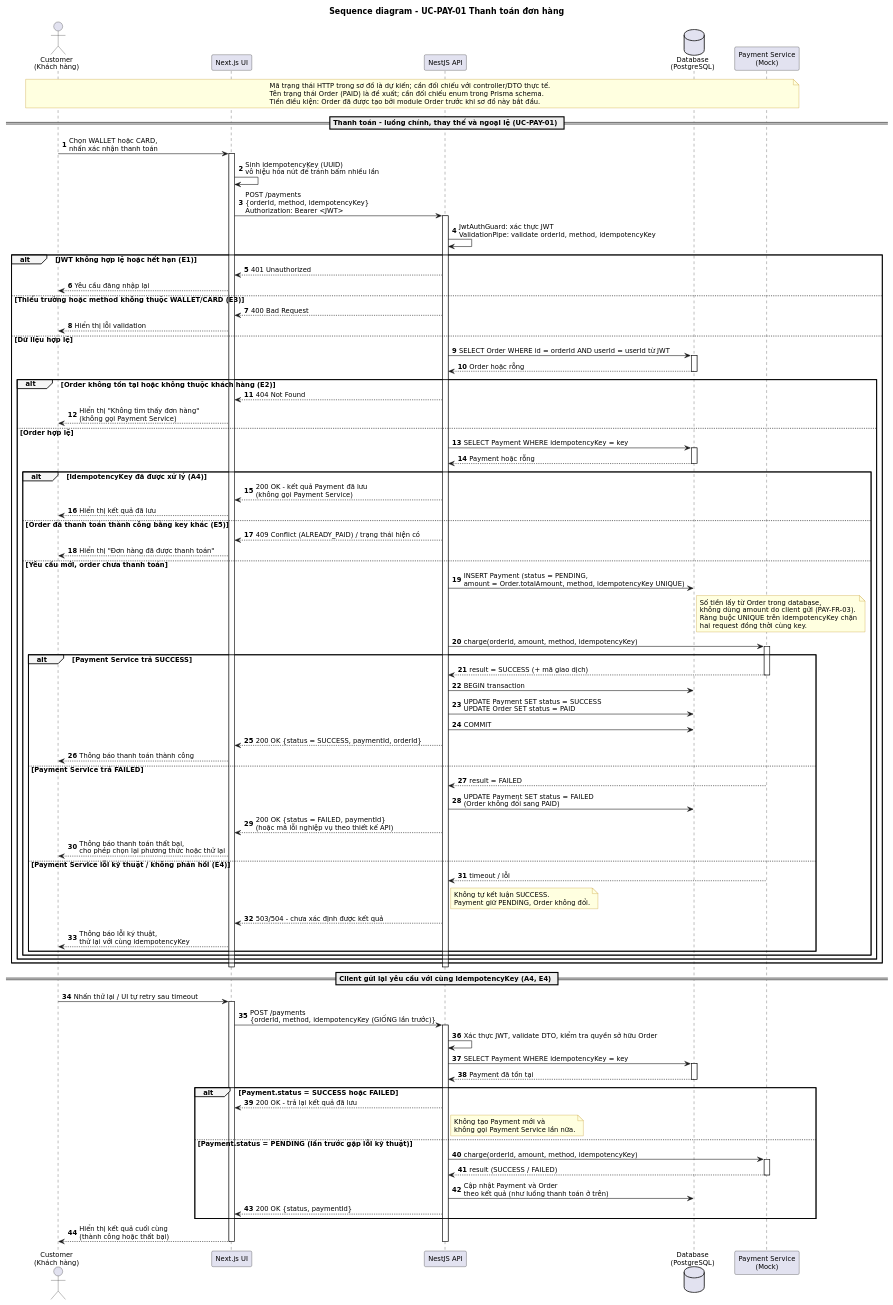
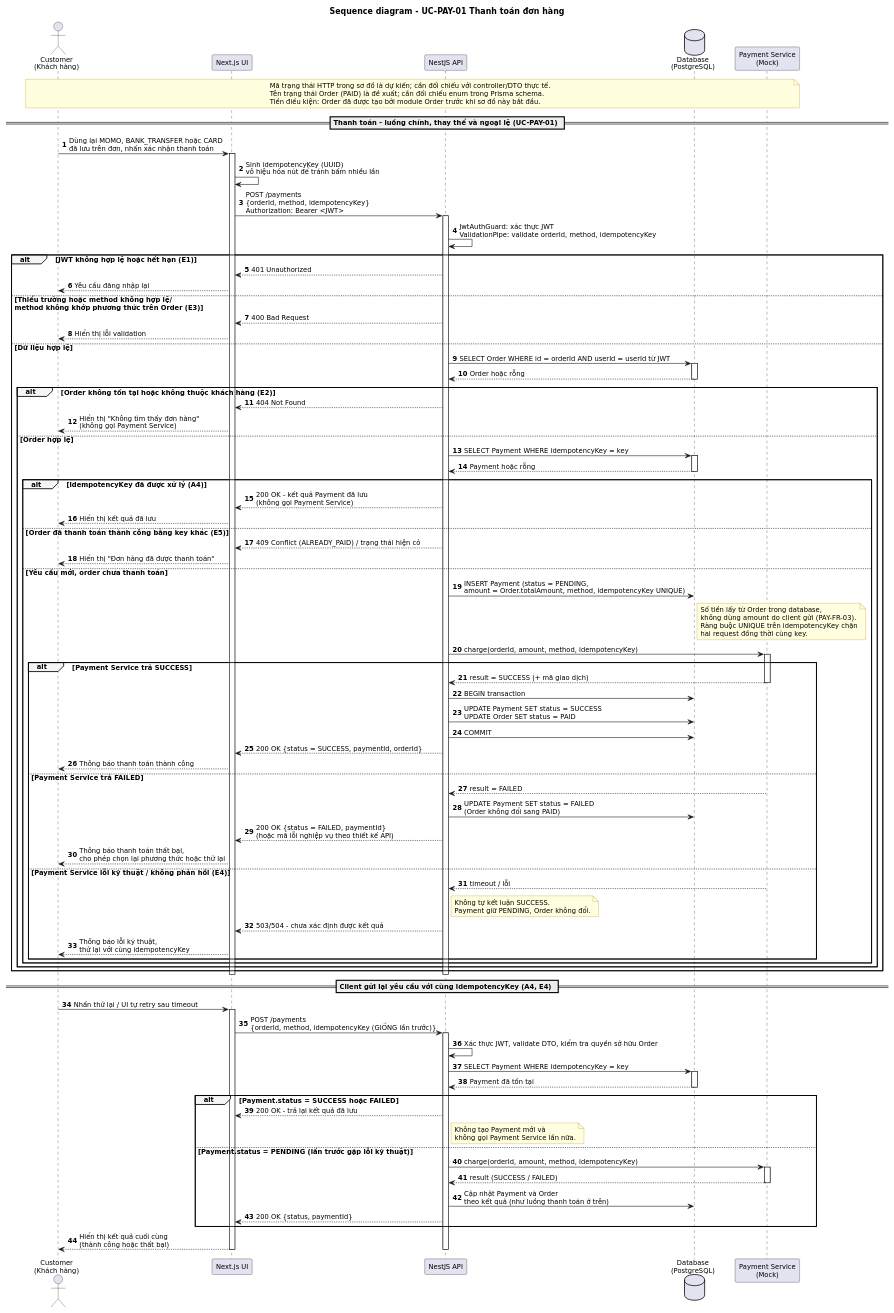
One commit to supergigachadsupreme300/brewlite2 changed the diagram in docs/diagrams/payment/sequence-checkout.puml. Above: the diagram before and after it, drawn with PlantUML. The commit also changed 12 other files, not shown here.

Commit message:
docs: align payment methods in diagrams

```diff
--- a/docs/diagrams/payment/sequence-checkout.puml
+++ b/docs/diagrams/payment/sequence-checkout.puml
@@ -1,132 +1,132 @@
 @startuml sequence-checkout
 title Sequence diagram – UC-PAY-01 Thanh toán đơn hàng
 
 skinparam defaultFontName "DejaVu Sans"
 skinparam defaultFontSize 12
 skinparam shadowing false
 skinparam sequenceMessageAlign left
 skinparam ParticipantPadding 20
 skinparam NoteBackgroundColor #FFFFE0
 skinparam NoteBorderColor #B8860B
 skinparam SequenceGroupBackgroundColor #F5F5F5
 autonumber
 
 actor "Customer\n(Khách hàng)" as C
 participant "Next.js UI" as UI
 participant "NestJS API" as API
 database "Database\n(PostgreSQL)" as DB
 participant "Payment Service\n(Mock)" as PS
 
 note over C, PS
   Mã trạng thái HTTP trong sơ đồ là dự kiến; cần đối chiếu với controller/DTO thực tế.
   Tên trạng thái Order (PAID) là đề xuất; cần đối chiếu enum trong Prisma schema.
   Tiền điều kiện: Order đã được tạo bởi module Order trước khi sơ đồ này bắt đầu.
 end note
 
 == Thanh toán – luồng chính, thay thế và ngoại lệ (UC-PAY-01) ==
 
-C -> UI : Chọn WALLET hoặc CARD,\nnhấn xác nhận thanh toán
+C -> UI : Dùng lại MOMO, BANK_TRANSFER hoặc CARD\nđã lưu trên đơn, nhấn xác nhận thanh toán
 activate UI
 UI -> UI : Sinh idempotencyKey (UUID)\nvô hiệu hóa nút để tránh bấm nhiều lần
 UI -> API : POST /payments\n{orderId, method, idempotencyKey}\nAuthorization: Bearer <JWT>
 activate API
 API -> API : JwtAuthGuard: xác thực JWT\nValidationPipe: validate orderId, method, idempotencyKey
 
 alt JWT không hợp lệ hoặc hết hạn (E1)
   API --> UI : 401 Unauthorized
   UI --> C : Yêu cầu đăng nhập lại
-else Thiếu trường hoặc method không thuộc WALLET/CARD (E3)
+else Thiếu trường hoặc method không hợp lệ/\nmethod không khớp phương thức trên Order (E3)
   API --> UI : 400 Bad Request
   UI --> C : Hiển thị lỗi validation
 else Dữ liệu hợp lệ
   API -> DB : SELECT Order WHERE id = orderId AND userId = userId từ JWT
   activate DB
   DB --> API : Order hoặc rỗng
   deactivate DB
 
   alt Order không tồn tại hoặc không thuộc khách hàng (E2)
     API --> UI : 404 Not Found
     UI --> C : Hiển thị "Không tìm thấy đơn hàng"\n(không gọi Payment Service)
   else Order hợp lệ
     API -> DB : SELECT Payment WHERE idempotencyKey = key
     activate DB
     DB --> API : Payment hoặc rỗng
     deactivate DB
 
     alt idempotencyKey đã được xử lý (A4)
       API --> UI : 200 OK – kết quả Payment đã lưu\n(không gọi Payment Service)
       UI --> C : Hiển thị kết quả đã lưu
     else Order đã thanh toán thành công bằng key khác (E5)
       API --> UI : 409 Conflict (ALREADY_PAID) / trạng thái hiện có
       UI --> C : Hiển thị "Đơn hàng đã được thanh toán"
     else Yêu cầu mới, order chưa thanh toán
       API -> DB : INSERT Payment (status = PENDING,\namount = Order.totalAmount, method, idempotencyKey UNIQUE)
       note right of DB
         Số tiền lấy từ Order trong database,
         không dùng amount do client gửi (PAY-FR-03).
         Ràng buộc UNIQUE trên idempotencyKey chặn
         hai request đồng thời cùng key.
       end note
       API -> PS : charge(orderId, amount, method, idempotencyKey)
       activate PS
 
       alt Payment Service trả SUCCESS
         PS --> API : result = SUCCESS (+ mã giao dịch)
         deactivate PS
         API -> DB : BEGIN transaction
         API -> DB : UPDATE Payment SET status = SUCCESS\nUPDATE Order SET status = PAID
         API -> DB : COMMIT
         API --> UI : 200 OK {status = SUCCESS, paymentId, orderId}
         UI --> C : Thông báo thanh toán thành công
       else Payment Service trả FAILED
         PS --> API : result = FAILED
         deactivate PS
         API -> DB : UPDATE Payment SET status = FAILED\n(Order không đổi sang PAID)
         API --> UI : 200 OK {status = FAILED, paymentId}\n(hoặc mã lỗi nghiệp vụ theo thiết kế API)
         UI --> C : Thông báo thanh toán thất bại,\ncho phép chọn lại phương thức hoặc thử lại
       else Payment Service lỗi kỹ thuật / không phản hồi (E4)
         PS --> API : timeout / lỗi
         deactivate PS
         note right of API
           Không tự kết luận SUCCESS.
           Payment giữ PENDING, Order không đổi.
         end note
         API --> UI : 503/504 – chưa xác định được kết quả
         UI --> C : Thông báo lỗi kỹ thuật,\nthử lại với cùng idempotencyKey
       end
     end
   end
 end
 deactivate API
 deactivate UI
 
 == Client gửi lại yêu cầu với cùng idempotencyKey (A4, E4) ==
 
 C -> UI : Nhấn thử lại / UI tự retry sau timeout
 activate UI
 UI -> API : POST /payments\n{orderId, method, idempotencyKey (GIỐNG lần trước)}
 activate API
 API -> API : Xác thực JWT, validate DTO, kiểm tra quyền sở hữu Order
 API -> DB : SELECT Payment WHERE idempotencyKey = key
 activate DB
 DB --> API : Payment đã tồn tại
 deactivate DB
 
 alt Payment.status = SUCCESS hoặc FAILED
   API --> UI : 200 OK – trả lại kết quả đã lưu
   note right of API
     Không tạo Payment mới và
     không gọi Payment Service lần nữa.
   end note
 else Payment.status = PENDING (lần trước gặp lỗi kỹ thuật)
   API -> PS : charge(orderId, amount, method, idempotencyKey)
   activate PS
   PS --> API : result (SUCCESS / FAILED)
   deactivate PS
   API -> DB : Cập nhật Payment và Order\ntheo kết quả (như luồng thanh toán ở trên)
   API --> UI : 200 OK {status, paymentId}
 end
 UI --> C : Hiển thị kết quả cuối cùng\n(thành công hoặc thất bại)
 deactivate API
 deactivate UI
 @enduml
```
